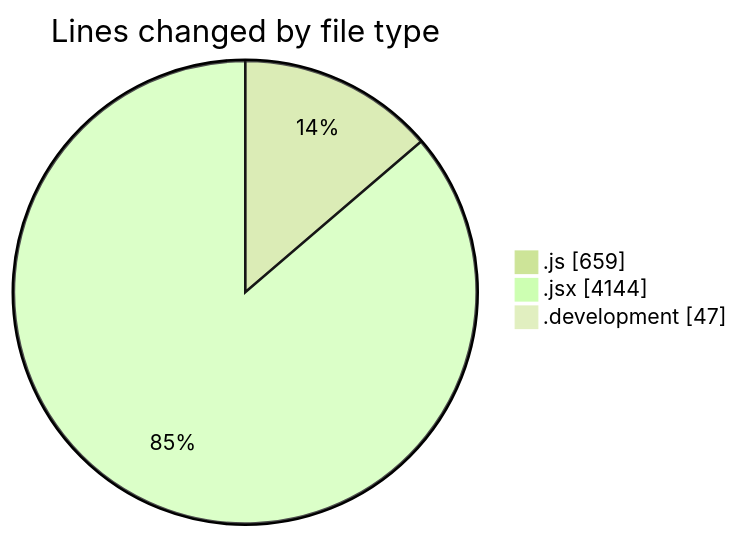
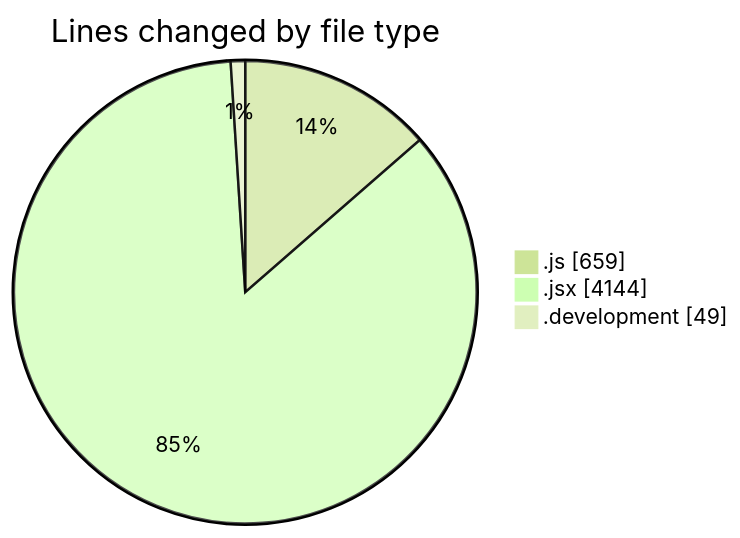
The first of 2 diagrams in 2026-01-05/nxtqube_webapp/README.md (nxtqubesakshisongat/code-tracking), drawn with Mermaid (forest theme) before and after one commit. The commit also changed other lines of this file and 1 other file, not shown here.

````diff
--- a/2026-01-05/nxtqube_webapp/README.md
+++ b/2026-01-05/nxtqube_webapp/README.md
@@ -24,7 +24,7 @@
 ```mermaid
 pie showData
 title Lines changed by file type
 ".js" : 659
 ".jsx" : 4144
-".development" : 47
+".development" : 49
 ```
````
